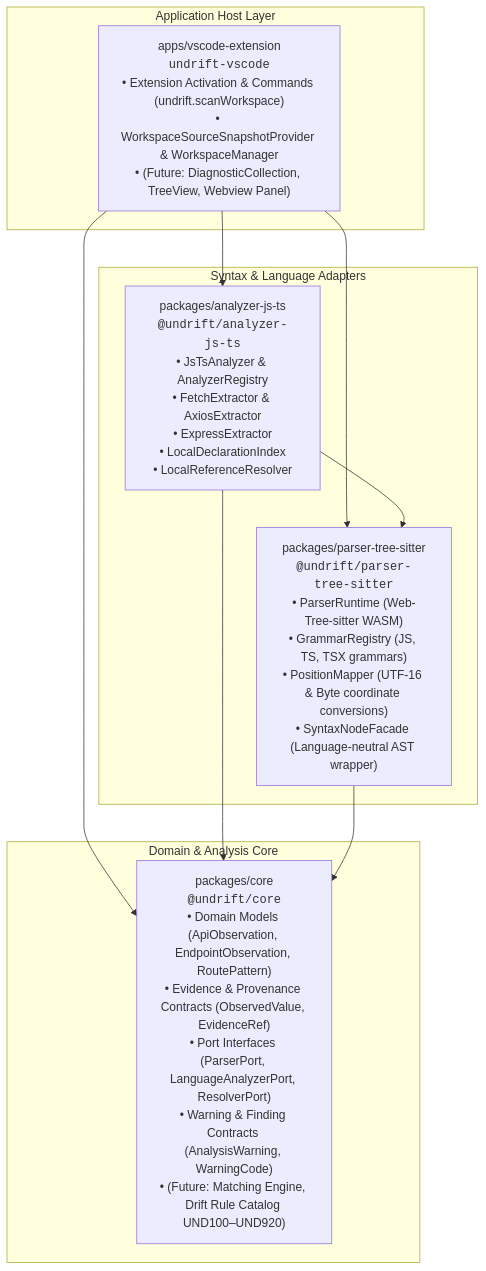
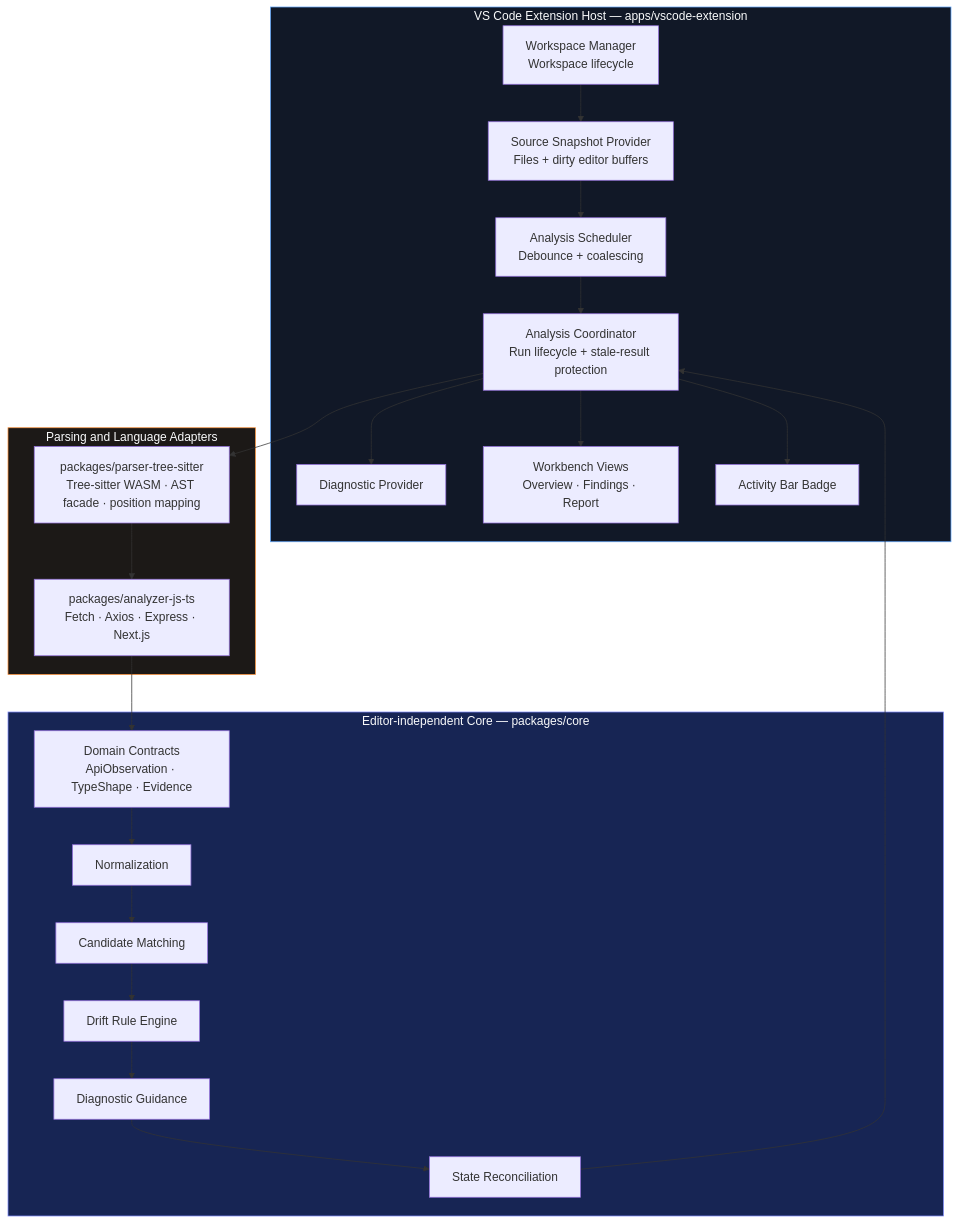
Before and after one commit to parnilV06/undrift: the sixth of 9 diagrams in README.md, drawn with Mermaid. The commit also changed other lines of this file, not shown here.

````diff
--- a/README.md
+++ b/README.md
@@ -200,23 +403,44 @@
 ```mermaid
-graph TD
-    subgraph AppLayer ["Application Host Layer"]
-        VSC["apps/vscode-extension<br/><code>undrift-vscode</code><br/>• Extension Activation & Commands (undrift.scanWorkspace)<br/>• WorkspaceSourceSnapshotProvider & WorkspaceManager<br/>• (Future: DiagnosticCollection, TreeView, Webview Panel)"]
+flowchart TB
+    subgraph Host["VS Code Extension Host — apps/vscode-extension"]
+        WM["Workspace Manager<br/>Workspace lifecycle"]
+        SP["Source Snapshot Provider<br/>Files + dirty editor buffers"]
+        SCH["Analysis Scheduler<br/>Debounce + coalescing"]
+        CO["Analysis Coordinator<br/>Run lifecycle + stale-result protection"]
+        DP["Diagnostic Provider"]
+        VIEWS["Workbench Views<br/>Overview · Findings · Report"]
+        BADGE["Activity Bar Badge"]
     end
 
-    subgraph AdapterLayer ["Syntax & Language Adapters"]
-        PTS["packages/parser-tree-sitter<br/><code>@undrift/parser-tree-sitter</code><br/>• ParserRuntime (Web-Tree-sitter WASM)<br/>• GrammarRegistry (JS, TS, TSX grammars)<br/>• PositionMapper (UTF-16 & Byte coordinate conversions)<br/>• SyntaxNodeFacade (Language-neutral AST wrapper)"]
-
-        AJT["packages/analyzer-js-ts<br/><code>@undrift/analyzer-js-ts</code><br/>• JsTsAnalyzer & AnalyzerRegistry<br/>• FetchExtractor & AxiosExtractor<br/>• ExpressExtractor<br/>• LocalDeclarationIndex<br/>• LocalReferenceResolver"]
+    subgraph Core["Editor-independent Core — packages/core"]
+        OBS["Domain Contracts<br/>ApiObservation · TypeShape · Evidence"]
+        NORM["Normalization"]
+        MATCH["Candidate Matching"]
+        RULES["Drift Rule Engine"]
+        GUIDANCE["Diagnostic Guidance"]
+        STATE["State Reconciliation"]
     end
 
-    subgraph CoreLayer ["Domain & Analysis Core"]
-        CORE["packages/core<br/><code>@undrift/core</code><br/>• Domain Models (ApiObservation, EndpointObservation, RoutePattern)<br/>• Evidence & Provenance Contracts (ObservedValue, EvidenceRef)<br/>• Port Interfaces (ParserPort, LanguageAnalyzerPort, ResolverPort)<br/>• Warning & Finding Contracts (AnalysisWarning, WarningCode)<br/>• (Future: Matching Engine, Drift Rule Catalog UND100–UND920)"]
+    subgraph Adapters["Parsing and Language Adapters"]
+        PARSER["packages/parser-tree-sitter<br/>Tree-sitter WASM · AST facade · position mapping"]
+        ANALYZER["packages/analyzer-js-ts<br/>Fetch · Axios · Express · Next.js"]
     end
 
-    VSC --> AJT
-    VSC --> PTS
-    VSC --> CORE
-    AJT --> PTS
-    AJT --> CORE
-    PTS --> CORE
+    WM --> SP
+    SP --> SCH
+    SCH --> CO
+    CO --> PARSER
+    PARSER --> ANALYZER
+    ANALYZER --> OBS
+    OBS --> NORM --> MATCH --> RULES
+    RULES --> GUIDANCE
+    GUIDANCE --> STATE
+    STATE --> CO
+    CO --> DP
+    CO --> VIEWS
+    CO --> BADGE
+
+    style Host fill:#111827,stroke:#60a5fa,color:#f9fafb
+    style Core fill:#172554,stroke:#818cf8,color:#f9fafb
+    style Adapters fill:#1c1917,stroke:#fb923c,color:#f9fafb
 ```
````
